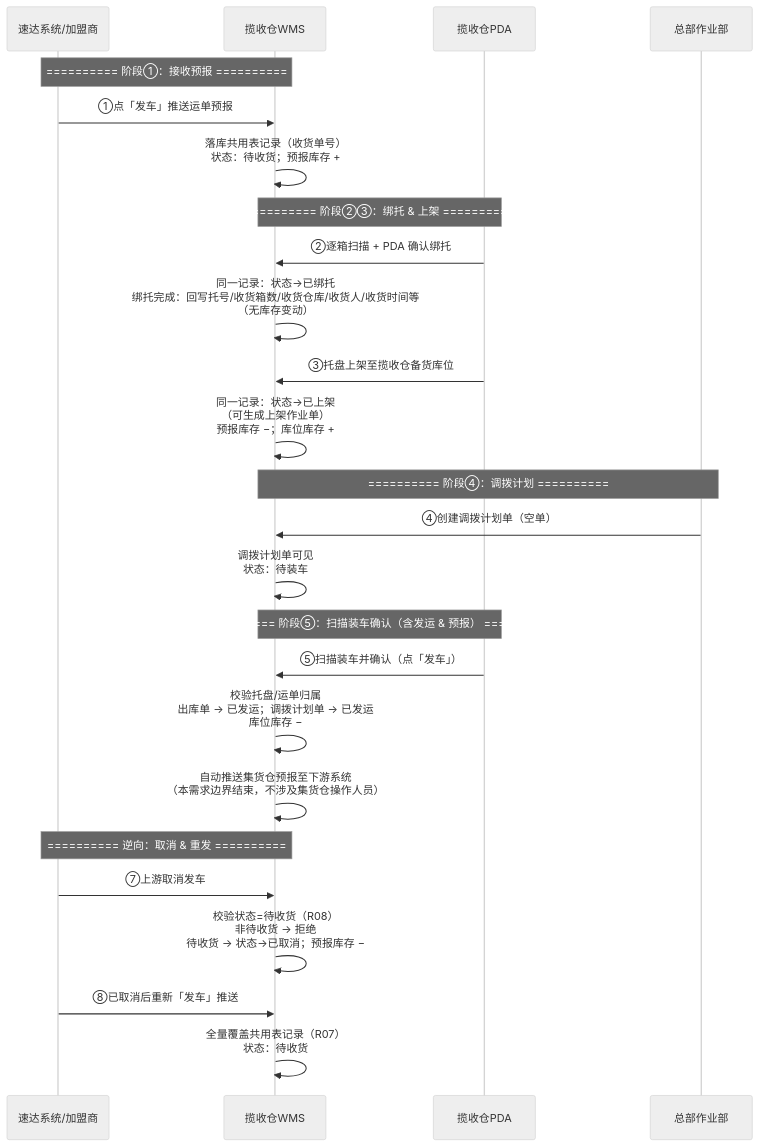
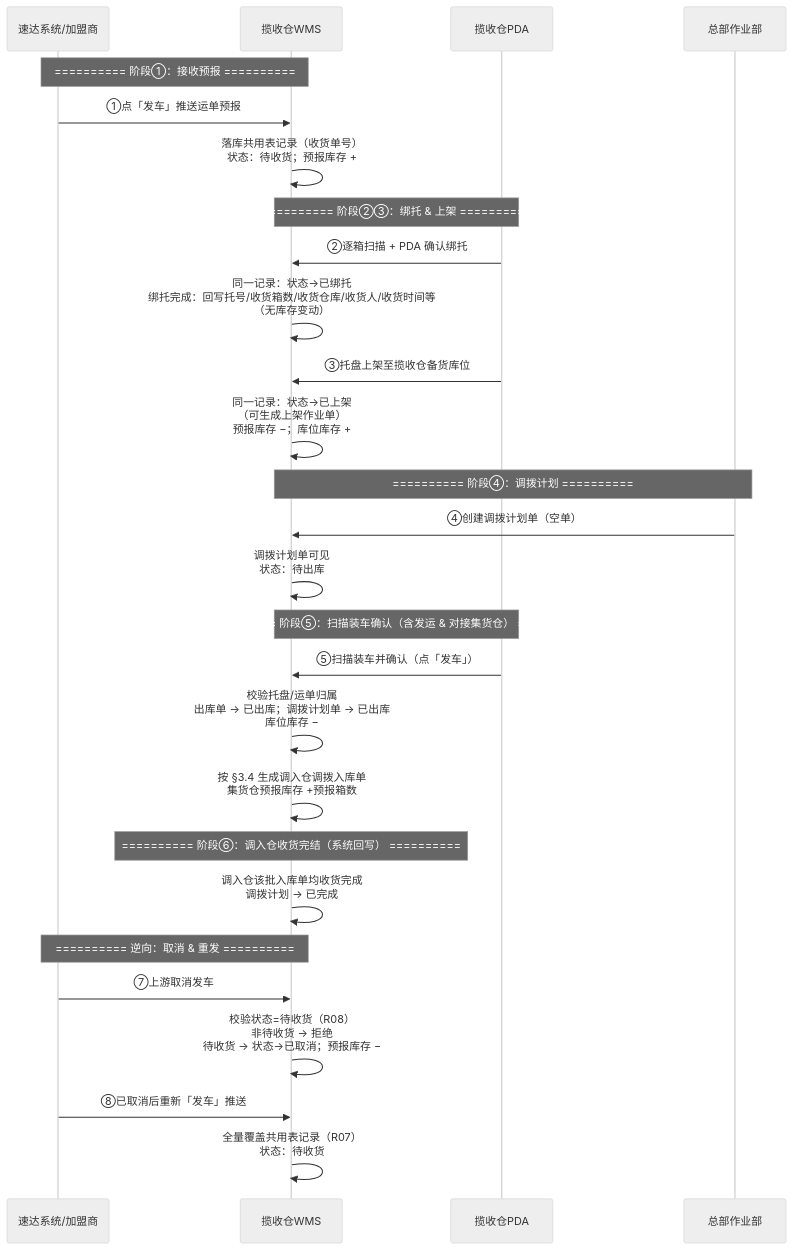
One commit to Tiana-1720/wms-inbound-demo changed the first of 2 diagrams in prd-docs/01-加盟商揽收仓需求/01-业务流程推演.md. Above: the diagram before and after it, drawn with Mermaid (neutral theme). The commit also changed other lines of this file and 83 other files, not shown here.

````diff
--- a/prd-docs/01-加盟商揽收仓需求/01-业务流程推演.md
+++ b/prd-docs/01-加盟商揽收仓需求/01-业务流程推演.md
@@ -104,37 +104,41 @@
 ```mermaid
 sequenceDiagram
     participant SD as 速达系统/加盟商
     participant WMS as 揽收仓WMS
     participant PDA as 揽收仓PDA
     participant HQ as 总部作业部
 
     Note over SD,WMS: ========== 阶段①：接收预报 ==========
 
     SD->>WMS: ①点「发车」推送运单预报
     WMS->>WMS: 落库共用表记录（收货单号）<br/>状态：待收货；预报库存 +
 
     Note over PDA,WMS: ========== 阶段②③：绑托 & 上架 ==========
 
     PDA->>WMS: ②逐箱扫描 + PDA 确认绑托
     WMS->>WMS: 同一记录：状态→已绑托<br/>绑托完成：回写托号/收货箱数/收货仓库/收货人/收货时间等<br/>（无库存变动）
     PDA->>WMS: ③托盘上架至揽收仓备货库位
     WMS->>WMS: 同一记录：状态→已上架<br/>（可生成上架作业单）<br/>预报库存 −；库位库存 +
 
     Note over HQ,WMS: ========== 阶段④：调拨计划 ==========
 
     HQ->>WMS: ④创建调拨计划单（空单）
-    WMS->>WMS: 调拨计划单可见<br/>状态：待装车
+    WMS->>WMS: 调拨计划单可见<br/>状态：待出库
 
-    Note over PDA,WMS: ========== 阶段⑤：扫描装车确认（含发运 & 预报） ==========
+    Note over PDA,WMS: ========== 阶段⑤：扫描装车确认（含发运 & 对接集货仓） ==========
 
     PDA->>WMS: ⑤扫描装车并确认（点「发车」）
-    WMS->>WMS: 校验托盘/运单归属<br/>出库单 → 已发运；调拨计划单 → 已发运<br/>库位库存 −
-    WMS->>WMS: 自动推送集货仓预报至下游系统<br/>（本需求边界结束，不涉及集货仓操作人员）
+    WMS->>WMS: 校验托盘/运单归属<br/>出库单 → 已出库；调拨计划单 → 已出库<br/>库位库存 −
+    WMS->>WMS: 按 §3.4 生成调入仓调拨入库单<br/>集货仓预报库存 +预报箱数
+
+    Note over WMS: ========== 阶段⑥：调入仓收货完结（系统回写） ==========
+
+    WMS->>WMS: 调入仓该批入库单均收货完成<br/>调拨计划 → 已完成
 
     Note over SD,WMS: ========== 逆向：取消 & 重发 ==========
 
     SD->>WMS: ⑦上游取消发车
     WMS->>WMS: 校验状态=待收货（R08）<br/>非待收货 → 拒绝<br/>待收货 → 状态→已取消；预报库存 −
     SD->>WMS: ⑧已取消后重新「发车」推送
     WMS->>WMS: 全量覆盖共用表记录（R07）<br/>状态：待收货
 ```
````
